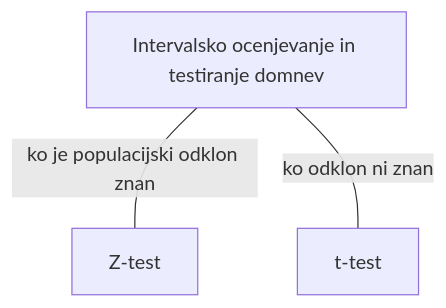
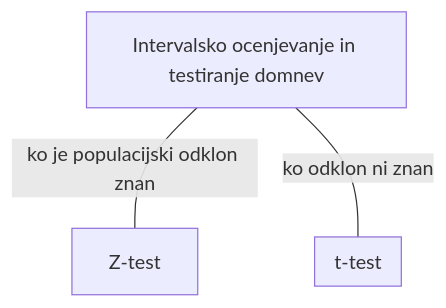
Before and after one commit to Tiggax/Zapiski: the diagram in 2. Letnik/Statistika/2.kolokvij/2. kolokvij.md, drawn with Mermaid. The commit also changed other lines of this file, not shown here.

````diff
--- a/2. Letnik/Statistika/2.kolokvij/2. kolokvij.md
+++ b/2. Letnik/Statistika/2.kolokvij/2. kolokvij.md
@@ -1,13 +1,15 @@
 ```mermaid
 flowchart TD
 A[Intervalsko ocenjevanje in testiranje domnev]
+subgraph C["t-test"]
 
+end
 A-- "ko je populacijski odklon znan" ---B["Z-test"]
-A-- "ko odklon ni znan" ---C["t-test"]
+A-- "ko odklon ni znan" ---C
 
 
 
 %%LINKS
 click C "obsidian://open?vault=Zapiski&file=2.%20Letnik%2FStatistika%2F2.kolokvij%2FT-test";
 
 ```
````
